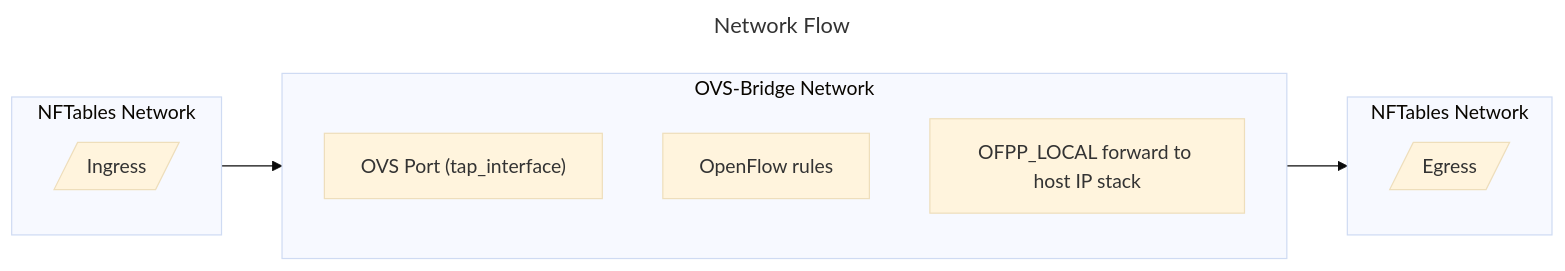
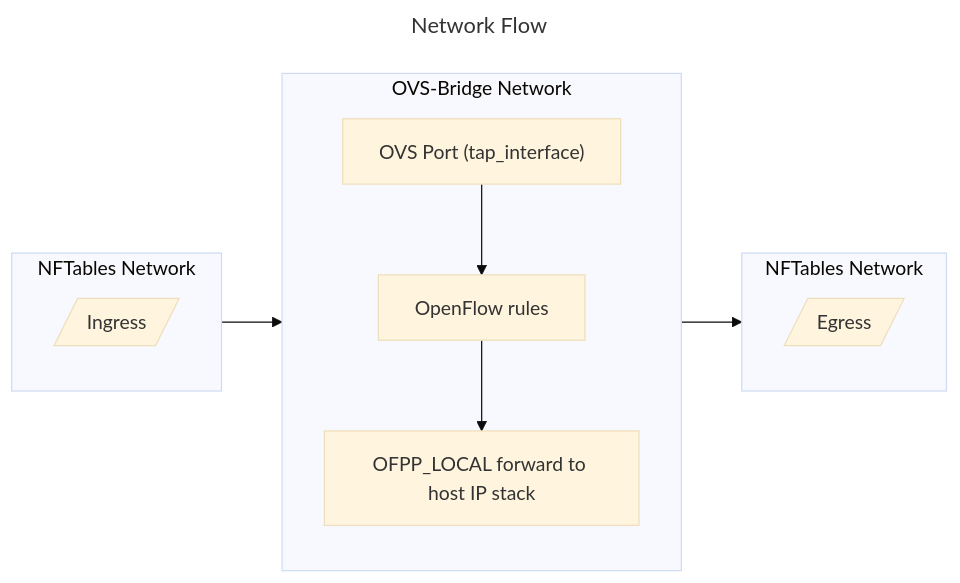
The diagram in Antispam System/README.md (Zai4ikManiak/Cyber-Security-Study), drawn with Mermaid (base theme) before and after one commit.

Commit message:
modified:   README.md

````diff
--- a/Antispam System/README.md
+++ b/Antispam System/README.md
@@ -3,22 +3,24 @@
 ```mermaid
 ---
 title: Network Flow
 ---
 flowchart LR
     
     subgraph firewall-in["NFTables Network"]
         ingress["Ingress"]@{ shape: lean-r }
     end
 
     subgraph libvirt["OVS-Bridge Network"]
         ovs-port["OVS Port (tap_interface)"]
         ovs-eval["OpenFlow rules"]
         ovs-forward["OFPP_LOCAL forward to host IP stack"]
+    
+        ovs-port --> ovs-eval --> ovs-forward
     end
 
     subgraph firewall-out["NFTables Network"]
         egress["Egress"]@{ shape: lean-r}
     end
 
     firewall-in --> libvirt --> firewall-out
 ```
````
